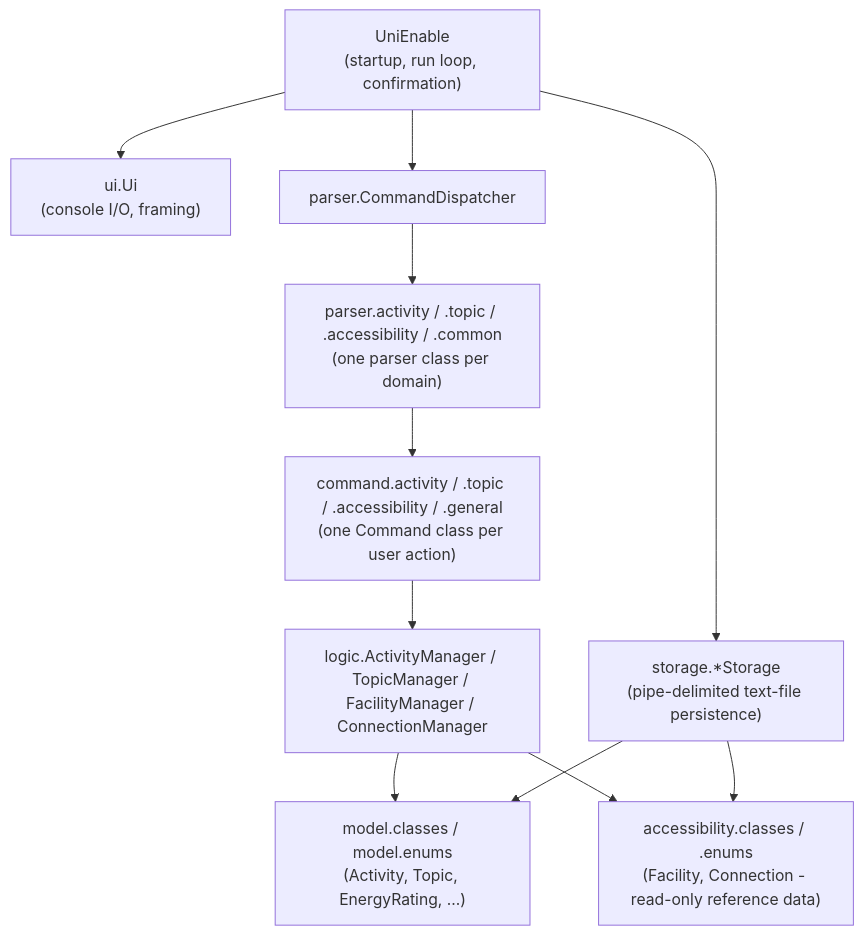
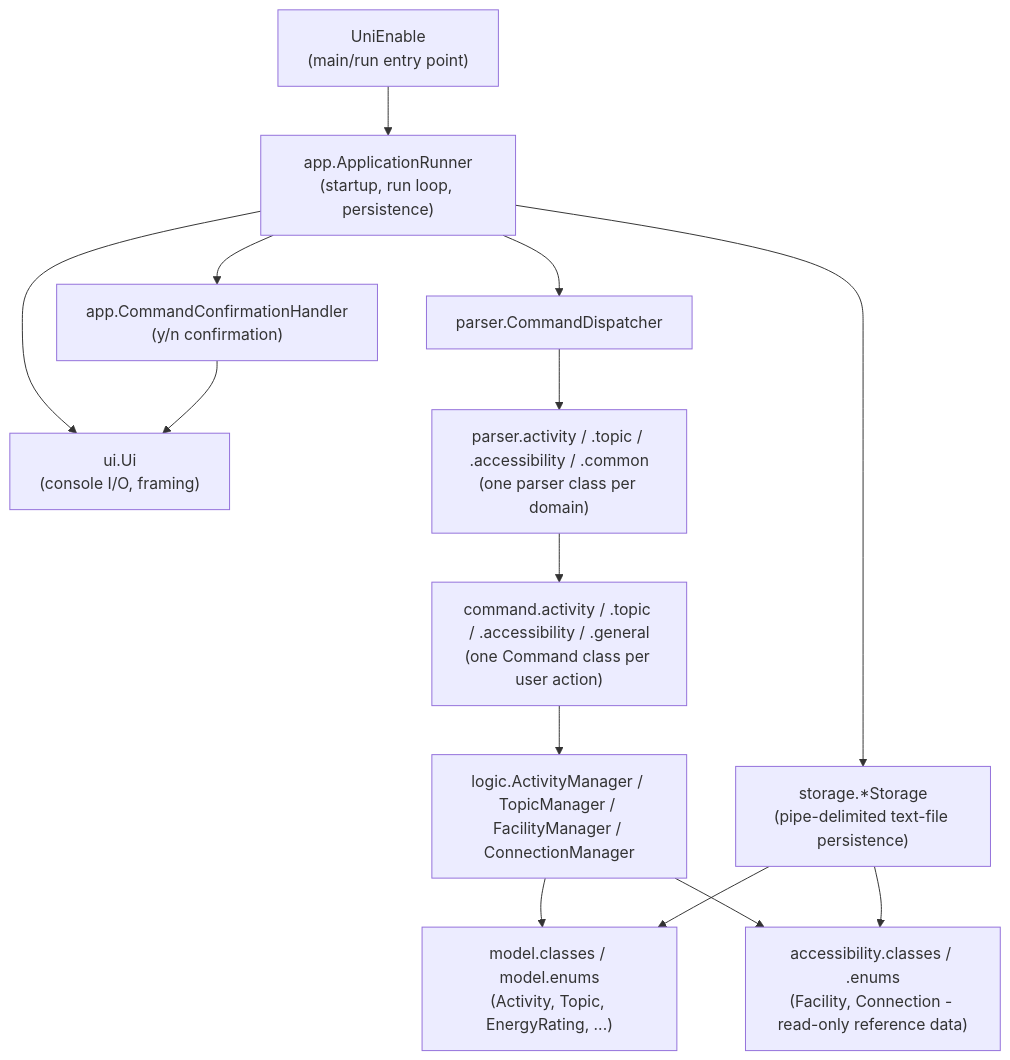
One commit to lukelouyu/SelfTeamProject changed the first of 2 diagrams in docs/DeveloperGuide.md. Above: the diagram before and after it, drawn with Mermaid. The commit also changed other lines of this file, not shown here.

First line of the commit message:
docs: update application lifecycle javadocs

````diff
--- a/docs/DeveloperGuide.md
+++ b/docs/DeveloperGuide.md
@@ -23,23 +23,28 @@
 ```mermaid
 flowchart TB
+    Entry["UniEnable<br/>(main/run entry point)"]
+    Runner["app.ApplicationRunner<br/>(startup, run loop, persistence)"]
+    Confirm["app.CommandConfirmationHandler<br/>(y/n confirmation)"]
     UI["ui.Ui<br/>(console I/O, framing)"]
-    Main["UniEnable<br/>(startup, run loop, confirmation)"]
     Dispatcher["parser.CommandDispatcher"]
     Parsers["parser.activity / .topic / .accessibility / .common<br/>(one parser class per domain)"]
     Commands["command.activity / .topic / .accessibility / .general<br/>(one Command class per user action)"]
     Logic["logic.ActivityManager / TopicManager / FacilityManager / ConnectionManager"]
     Model["model.classes / model.enums<br/>(Activity, Topic, EnergyRating, ...)"]
     Accessibility["accessibility.classes / .enums<br/>(Facility, Connection - read-only reference data)"]
     Storage["storage.*Storage<br/>(pipe-delimited text-file persistence)"]
 
-    Main --> UI
-    Main --> Dispatcher
+    Entry --> Runner
+    Runner --> UI
+    Runner --> Confirm
+    Confirm --> UI
+    Runner --> Dispatcher
     Dispatcher --> Parsers
     Parsers --> Commands
     Commands --> Logic
     Logic --> Model
     Logic --> Accessibility
-    Main --> Storage
+    Runner --> Storage
     Storage --> Model
     Storage --> Accessibility
 ```
````
